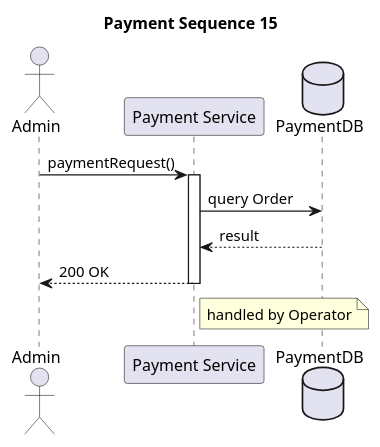
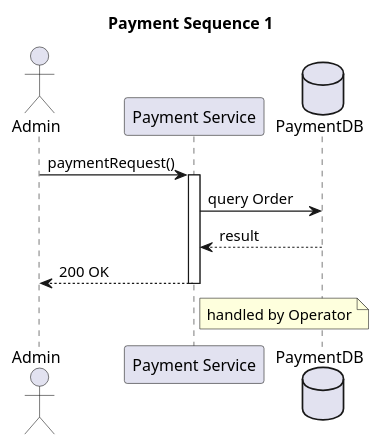
The diagram in 002_sequence_payment.md (TTihomir/PlantUML-diagrams), drawn with PlantUML before and after one commit.

Commit message:
Update title in payment sequence diagram

````diff
--- a/002_sequence_payment.md
+++ b/002_sequence_payment.md
@@ -3,15 +3,15 @@
 ```plantuml
 @startuml
-title Payment Sequence 15
+title Payment Sequence 1
 actor Admin as A
 participant "Payment Service" as S
 database "PaymentDB" as DB
 A -> S : paymentRequest()
 activate S
 S -> DB : query Order
 DB --> S : result
 S --> A : 200 OK
 deactivate S
 note right of S : handled by Operator
 @enduml
 ```
````
